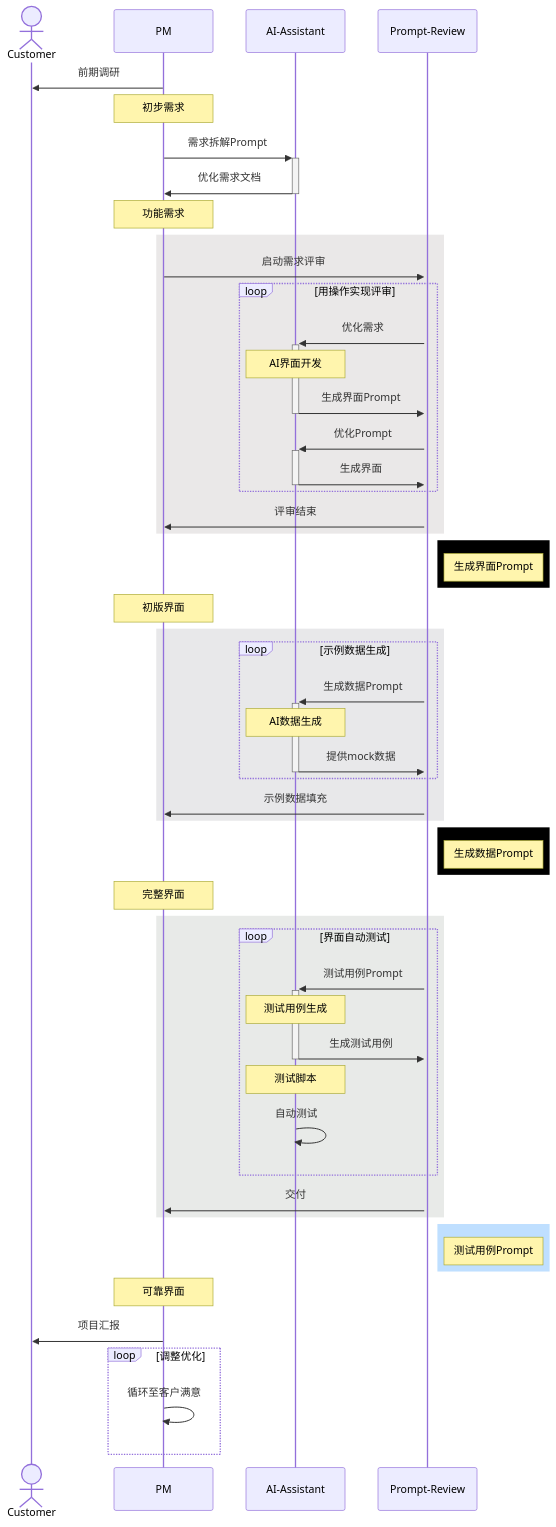
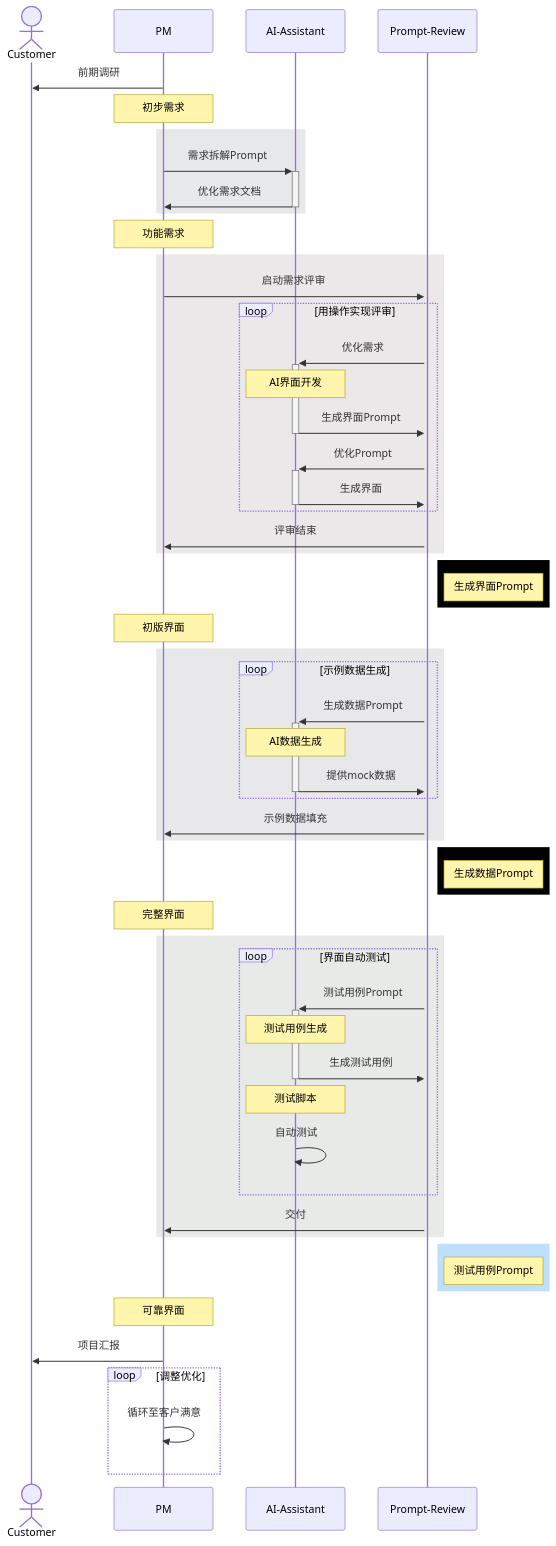
One commit to ericapaeus/qitp changed the diagram in docs/prompts/index.md. Above: the diagram before and after it, drawn with Mermaid. The commit also changed other lines of this file and 35 other files, not shown here.

````diff
--- a/docs/prompts/index.md
+++ b/docs/prompts/index.md
@@ -34,69 +34,76 @@
 ```mermaid
 sequenceDiagram
     actor C as Customer
     participant S as PM
     participant A as AI-Assistant
     participant P as Prompt-Review
 
     S->>C: 前期调研
 
     Note over S: 初步需求
     
+    %% s1-face.md
+    rect rgba(28, 32, 44, 0.1)
     S->>+A: 需求拆解Prompt
     A->>-S: 优化需求文档
+    end
+
     Note over S: 功能需求
 
+    %% s2-page.md
     rect rgba(50, 32, 35, 0.1)
     S->>+P: 启动需求评审
 
     loop 用操作实现评审
     P->>+A: 优化需求
     Note over A: AI界面开发
     A->>-P: 生成界面Prompt
     P->>+A: 优化Prompt
     A->>-P: 生成界面
     end
 
     P->>S: 评审结束
     end
 
     rect rgb(0, 0, 0)
     Note right of P: 生成界面Prompt
     end
     Note over S: 初版界面
 
+    %% s3-data.md
     rect rgba(35, 32, 50, 0.1)
     loop 示例数据生成
     P->>+A: 生成数据Prompt
     Note over A: AI数据生成
     A->>-P: 提供mock数据
     end
 
     P->>S: 示例数据填充
     end
     rect rgb(0, 0, 0)
     Note right of P: 生成数据Prompt
     end
     Note over S: 完整界面
 
+    %% s4-test.md
     rect rgba(32, 50, 35, 0.1)
     loop 界面自动测试
     P->>+A: 测试用例Prompt
     Note over A: 测试用例生成
     A->>-P: 生成测试用例
     Note over A: 测试脚本
     A->>A: 自动测试
     end
     
     P->>S: 交付
     end
     rect rgb(191, 223, 255)
     Note right of P: 测试用例Prompt
     end
     Note over S: 可靠界面
     S->>C: 项目汇报
     
     loop 调整优化
         S->>S: 循环至客户满意
     end
 ```
````
